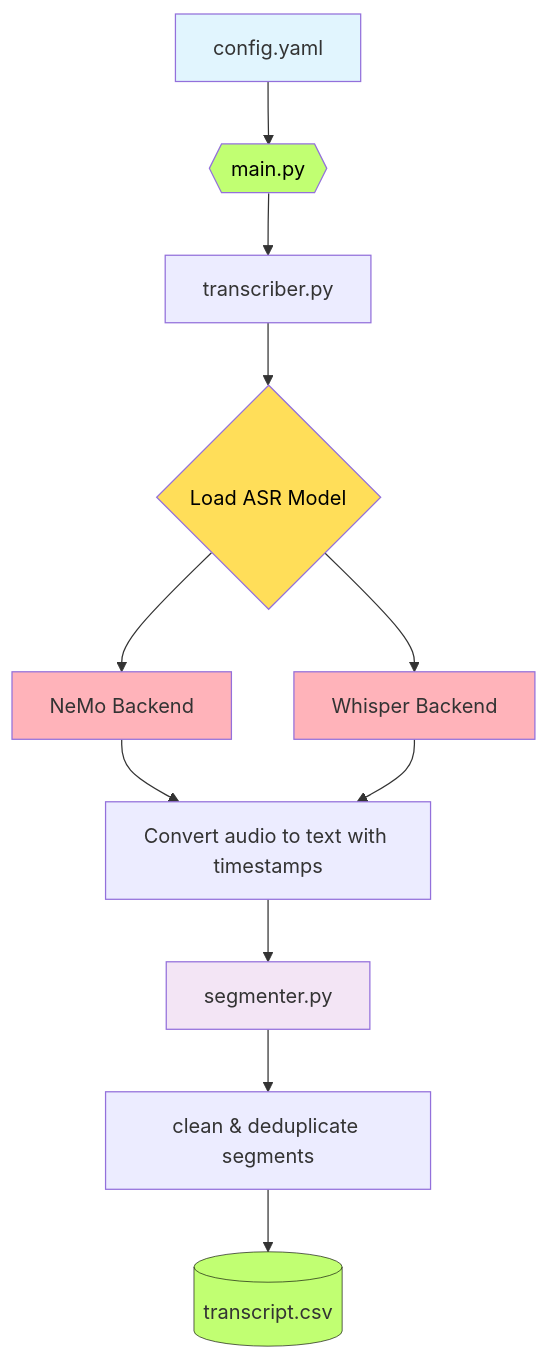
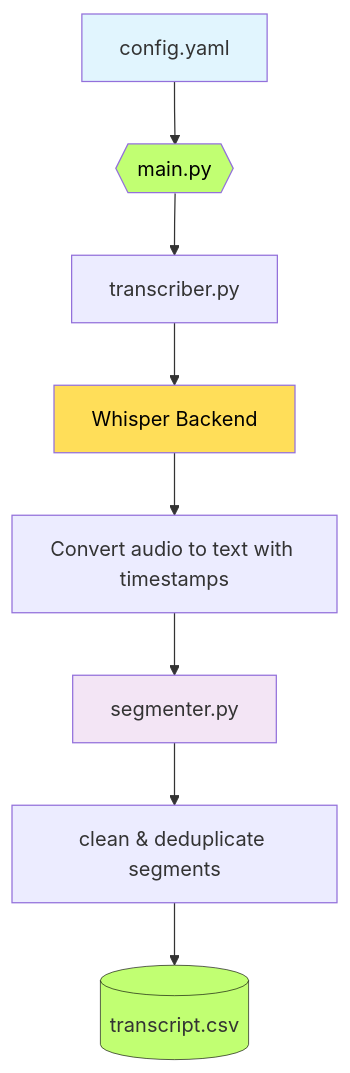
Before and after one commit to alozowski/textplease: the diagram in README.md, drawn with Mermaid. The commit also changed other lines of this file and 9 other files, not shown here.

````diff
--- a/README.md
+++ b/README.md
@@ -68,21 +66,16 @@
 ```mermaid
 flowchart TD
     A[config.yaml] --> B@{ shape: "hex", label: "main.py" }
     B --> C[transcriber.py]
-    C --> D@{ shape: "diam", label: "Load ASR Model" }
-    D --> D1[NeMo Backend]
-    D --> D2[Whisper Backend]
-    D1 --> E[Convert audio to text with timestamps]
-    D2 --> E
+    C --> D[Whisper Backend]
+    D --> E[Convert audio to text with timestamps]
     E --> F[segmenter.py]
     F --> G[clean & deduplicate segments]
     G --> H@{ shape: "cyl", label: "transcript.csv" }
-    
+
     style A fill:#e1f5fe
     style B color:#000000,fill:#C1FF72
     style D color:#000000,fill:#FFDE59
-    style D1 fill:#FFB3BA
-    style D2 fill:#FFB3BA
     style F fill:#f3e5f5
     style H fill:#C1FF72,stroke-width:0.5px,stroke:#000000
 ```
````
